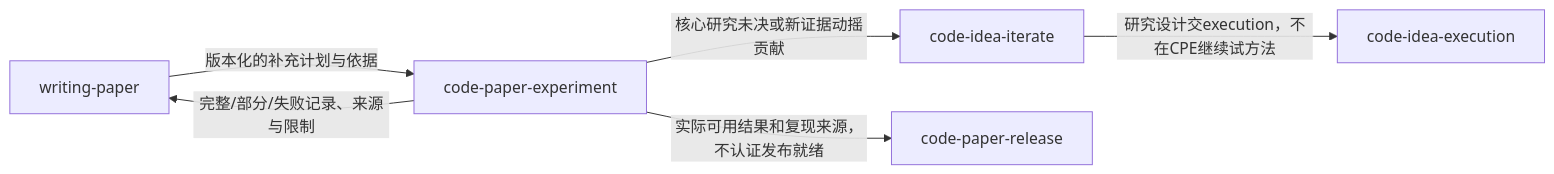
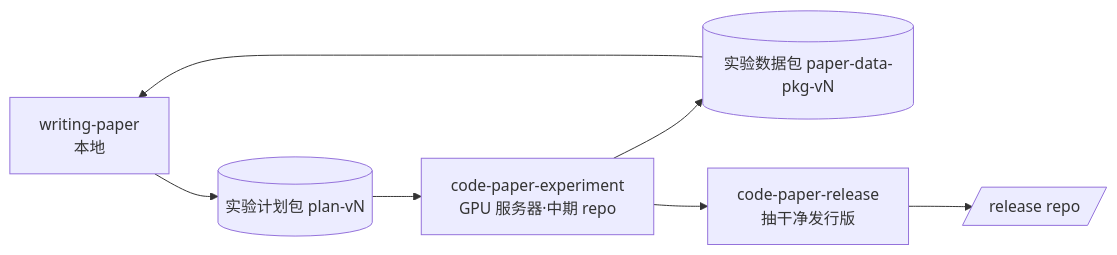
One commit to jackwang0108/dl-assistant changed the first of 2 diagrams in plugins/dl-assistant/skills/code-paper-experiment/SKILL.md. Above: the diagram before and after it, drawn with Mermaid. The commit also changed other lines of this file and 256 other files, not shown here.

````diff
--- a/plugins/dl-assistant/skills/code-paper-experiment/SKILL.md
+++ b/plugins/dl-assistant/skills/code-paper-experiment/SKILL.md
@@ -12,8 +30,9 @@
 ```mermaid
 flowchart LR
-    WP[writing-paper] -->|版本化的补充计划与依据| CPE[code-paper-experiment]
-    CPE -->|完整/部分/失败记录、来源与限制| WP
-    CPE -->|核心研究未决或新证据动摇贡献| IT[code-idea-iterate]
-    IT -->|研究设计交execution，不在CPE继续试方法| EX[code-idea-execution]
-    CPE -->|实际可用结果和复现来源，不认证发布就绪| REL[code-paper-release]
+    WP["writing-paper<br/>本地"] --> EPLAN[("实验计划包 plan-vN")]
+    EPLAN --> CPE["code-paper-experiment<br/>GPU 服务器·中期 repo"]
+    CPE --> OUT[("实验数据包 paper-data-pkg-vN")]
+    OUT --> WP
+    CPE --> REL["code-paper-release<br/>抽干净发行版"]
+    REL --> REPO[/release repo/]
 ```
````
